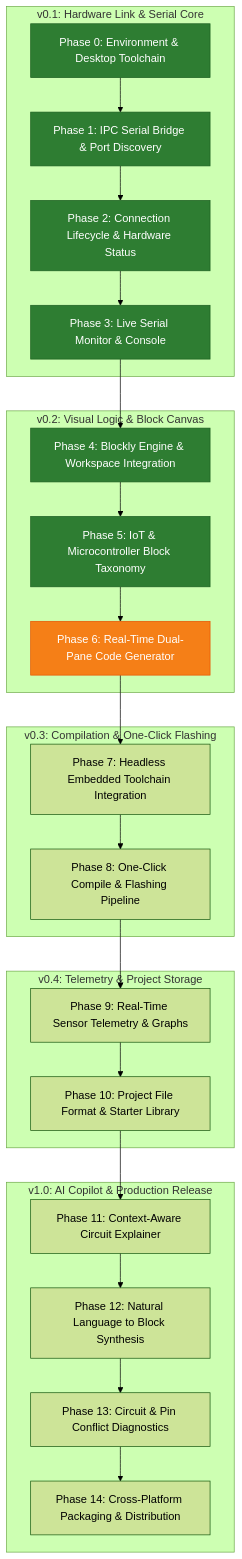
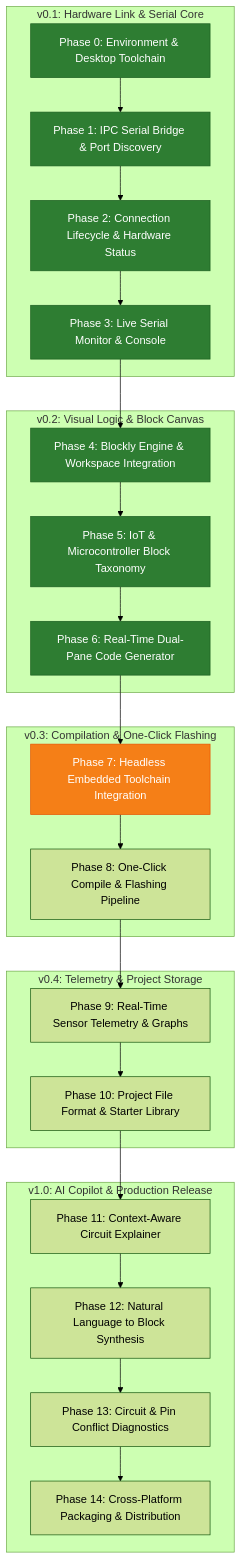
Before and after one commit to dharshbdp/CircuitForge: the diagram in ROADMAP.md, drawn with Mermaid (forest theme). The commit also changed other lines of this file and 6 other files, not shown here.

````diff
--- a/ROADMAP.md
+++ b/ROADMAP.md
@@ -38,39 +38,40 @@
 ```mermaid
 graph TD
     subgraph Milestone_0_1 [v0.1: Hardware Link & Serial Core]
         P0[Phase 0: Environment & Desktop Toolchain] --> P1[Phase 1: IPC Serial Bridge & Port Discovery]
         P1 --> P2[Phase 2: Connection Lifecycle & Hardware Status]
         P2 --> P3[Phase 3: Live Serial Monitor & Console]
     end
 
     subgraph Milestone_0_2 [v0.2: Visual Logic & Block Canvas]
         P3 --> P4[Phase 4: Blockly Engine & Workspace Integration]
         P4 --> P5[Phase 5: IoT & Microcontroller Block Taxonomy]
         P5 --> P6[Phase 6: Real-Time Dual-Pane Code Generator]
     end
 
     subgraph Milestone_0_3 [v0.3: Compilation & One-Click Flashing]
         P6 --> P7[Phase 7: Headless Embedded Toolchain Integration]
         P7 --> P8[Phase 8: One-Click Compile & Flashing Pipeline]
     end
 
     subgraph Milestone_0_4 [v0.4: Telemetry & Project Storage]
         P8 --> P9[Phase 9: Real-Time Sensor Telemetry & Graphs]
         P9 --> P10[Phase 10: Project File Format & Starter Library]
     end
 
     subgraph Milestone_1_0 [v1.0: AI Copilot & Production Release]
         P10 --> P11[Phase 11: Context-Aware Circuit Explainer]
         P11 --> P12[Phase 12: Natural Language to Block Synthesis]
         P12 --> P13[Phase 13: Circuit & Pin Conflict Diagnostics]
         P13 --> P14[Phase 14: Cross-Platform Packaging & Distribution]
     end
 
     style P0 fill:#2e7d32,stroke:#1b5e20,color:#fff
     style P1 fill:#2e7d32,stroke:#1b5e20,color:#fff
     style P2 fill:#2e7d32,stroke:#1b5e20,color:#fff
     style P3 fill:#2e7d32,stroke:#1b5e20,color:#fff
     style P4 fill:#2e7d32,stroke:#1b5e20,color:#fff
     style P5 fill:#2e7d32,stroke:#1b5e20,color:#fff
-    style P6 fill:#f57f17,stroke:#e65100,color:#fff
+    style P6 fill:#2e7d32,stroke:#1b5e20,color:#fff
+    style P7 fill:#f57f17,stroke:#e65100,color:#fff
 ```
````
